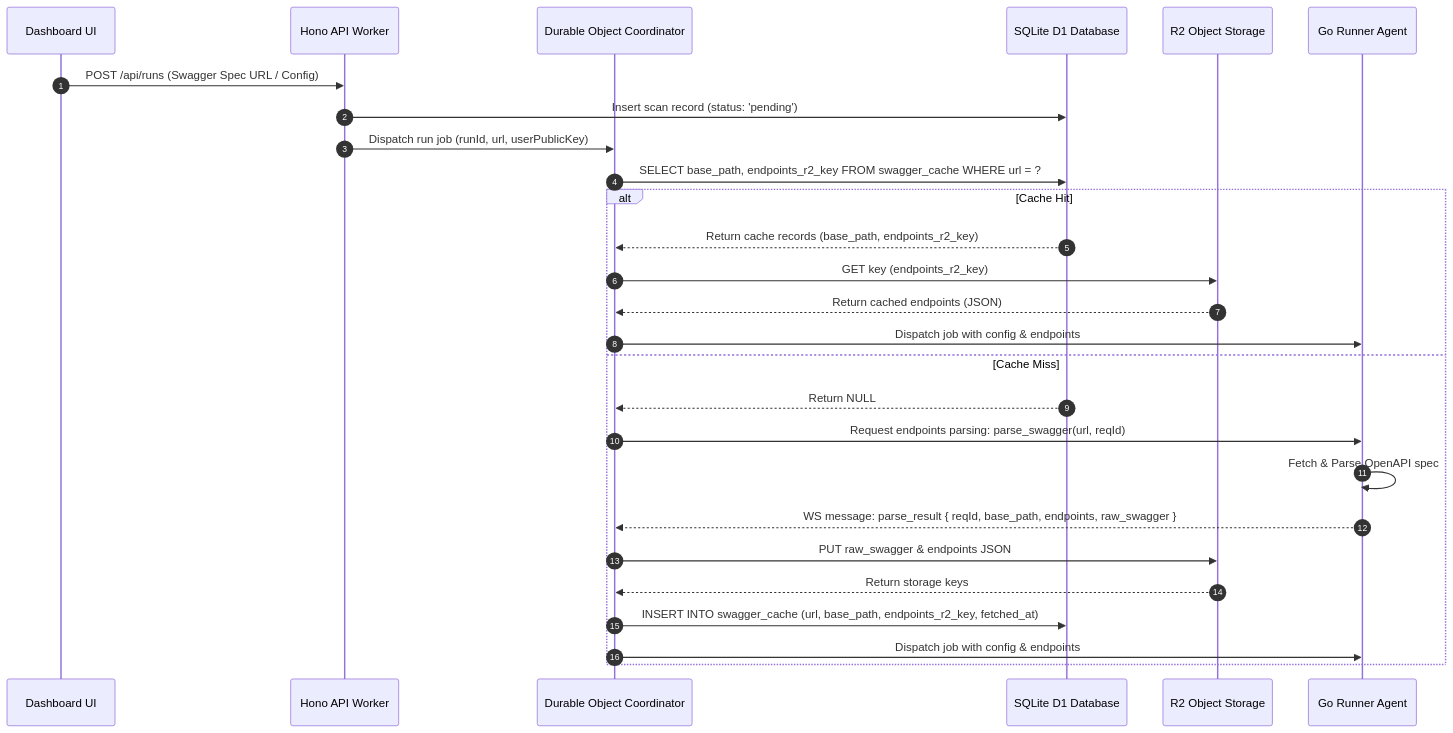
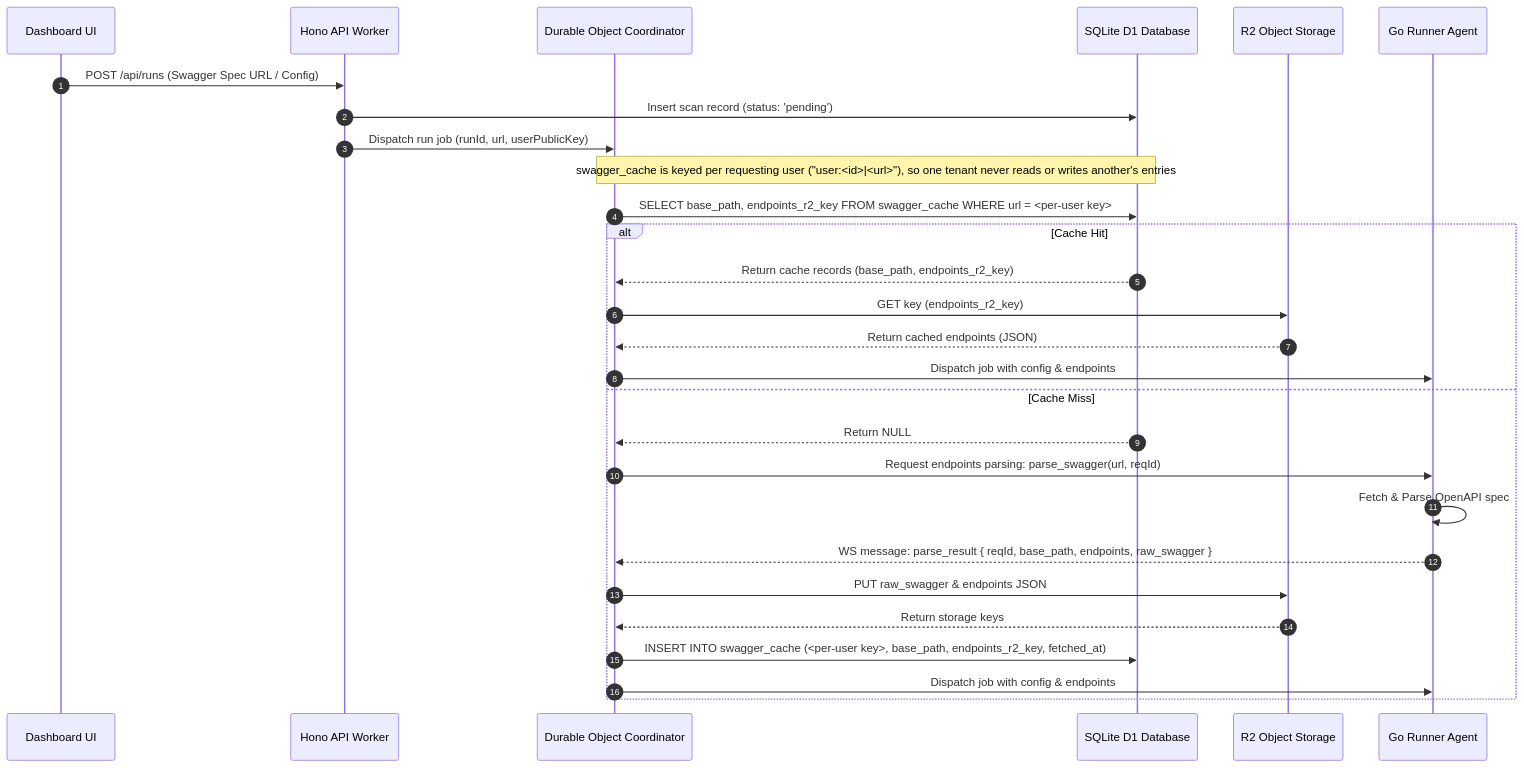
Before and after one commit to SecH0us3/swazz: the fifth of 6 diagrams in docs/security_review.md, drawn with Mermaid. The commit also changed other lines of this file, not shown here.

Commit message:
docs: describe runner ownership, shared runner token and per-user spec cache

````diff
--- a/docs/security_review.md
+++ b/docs/security_review.md
@@ -200,32 +203,33 @@
 ```mermaid
 sequenceDiagram
     autonumber
     participant UI as Dashboard UI
     participant Worker as Hono API Worker
     participant DO as Durable Object Coordinator
     participant DB as SQLite D1 Database
     participant R2 as R2 Object Storage
     participant Agent as Go Runner Agent
 
     UI->>Worker: POST /api/runs (Swagger Spec URL / Config)
     Worker->>DB: Insert scan record (status: 'pending')
     Worker->>DO: Dispatch run job (runId, url, userPublicKey)
     
     %% Cache Check
-    DO->>DB: SELECT base_path, endpoints_r2_key FROM swagger_cache WHERE url = ?
+    Note over DO,DB: swagger_cache is keyed per requesting user ("user:<id>|<url>"), so one tenant never reads or writes another's entries
+    DO->>DB: SELECT base_path, endpoints_r2_key FROM swagger_cache WHERE url = <per-user key>
     alt Cache Hit
         DB-->>DO: Return cache records (base_path, endpoints_r2_key)
         DO->>R2: GET key (endpoints_r2_key)
         R2-->>DO: Return cached endpoints (JSON)
         DO->>Agent: Dispatch job with config & endpoints
     else Cache Miss
         DB-->>DO: Return NULL
         DO->>Agent: Request endpoints parsing: parse_swagger(url, reqId)
         Agent->>Agent: Fetch & Parse OpenAPI spec
         Agent-->>DO: WS message: parse_result { reqId, base_path, endpoints, raw_swagger }
         DO->>R2: PUT raw_swagger & endpoints JSON
         R2-->>DO: Return storage keys
-        DO->>DB: INSERT INTO swagger_cache (url, base_path, endpoints_r2_key, fetched_at)
+        DO->>DB: INSERT INTO swagger_cache (<per-user key>, base_path, endpoints_r2_key, fetched_at)
         DO->>Agent: Dispatch job with config & endpoints
     end
 ```
````
